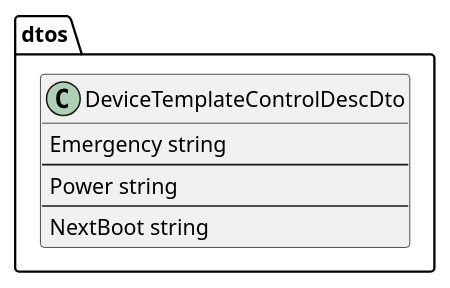
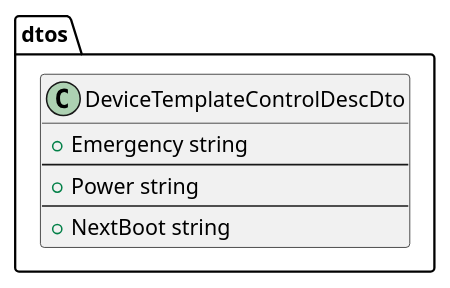
Before and after one commit to lf-edge/rol: the diagram in docs/plantuml/dto/DeviceTemplate/DeviceTemplateControlDescDto.puml, drawn with PlantUML. The commit also changed 33 other files, not shown here.

```diff
--- a/docs/plantuml/dto/DeviceTemplate/DeviceTemplateControlDescDto.puml
+++ b/docs/plantuml/dto/DeviceTemplate/DeviceTemplateControlDescDto.puml
@@ -1,13 +1,13 @@
 @startuml
 
 package dtos {
     class DeviceTemplateControlDescDto {
-        Emergency string
+        +Emergency string
         --
-        Power string
+        +Power string
         --
-        NextBoot string
+        +NextBoot string
     }
 }
 
 @enduml
```
